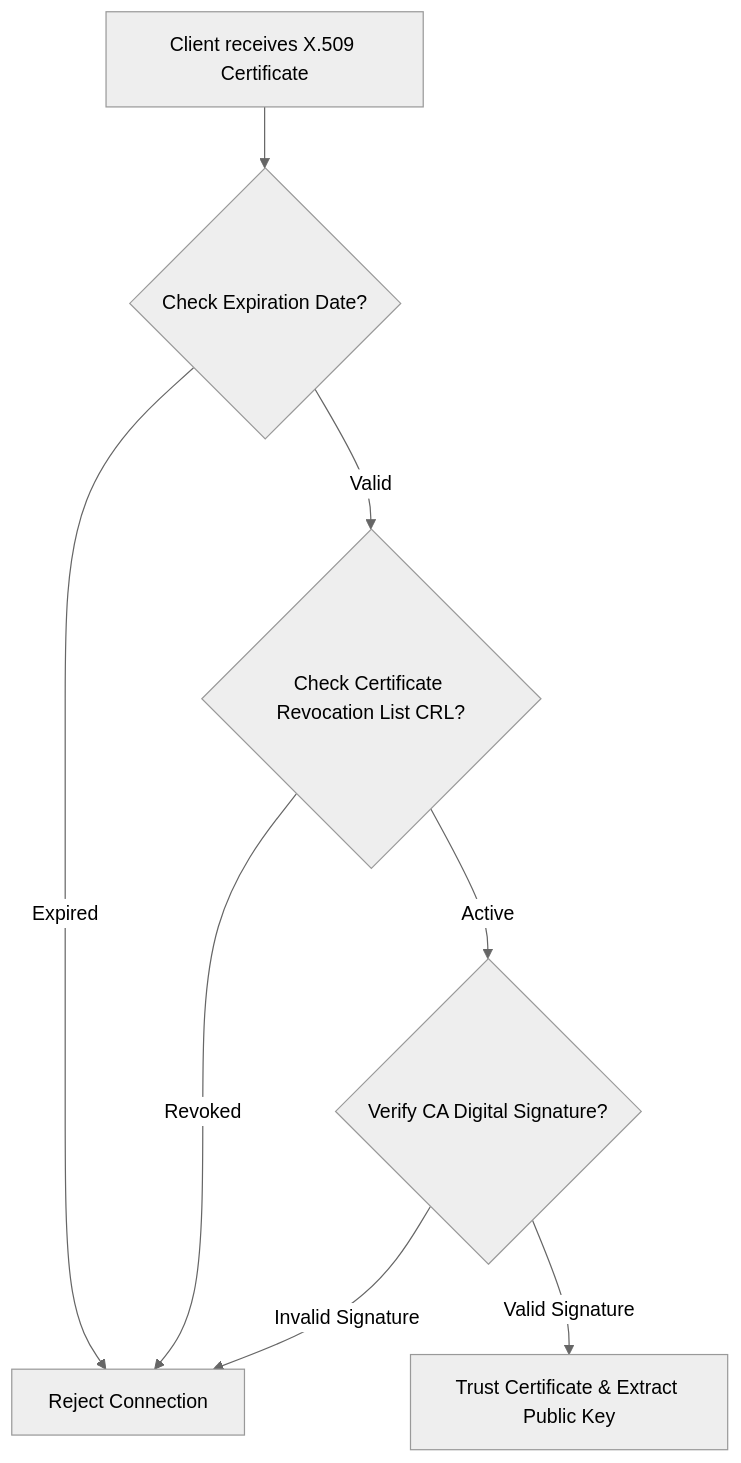
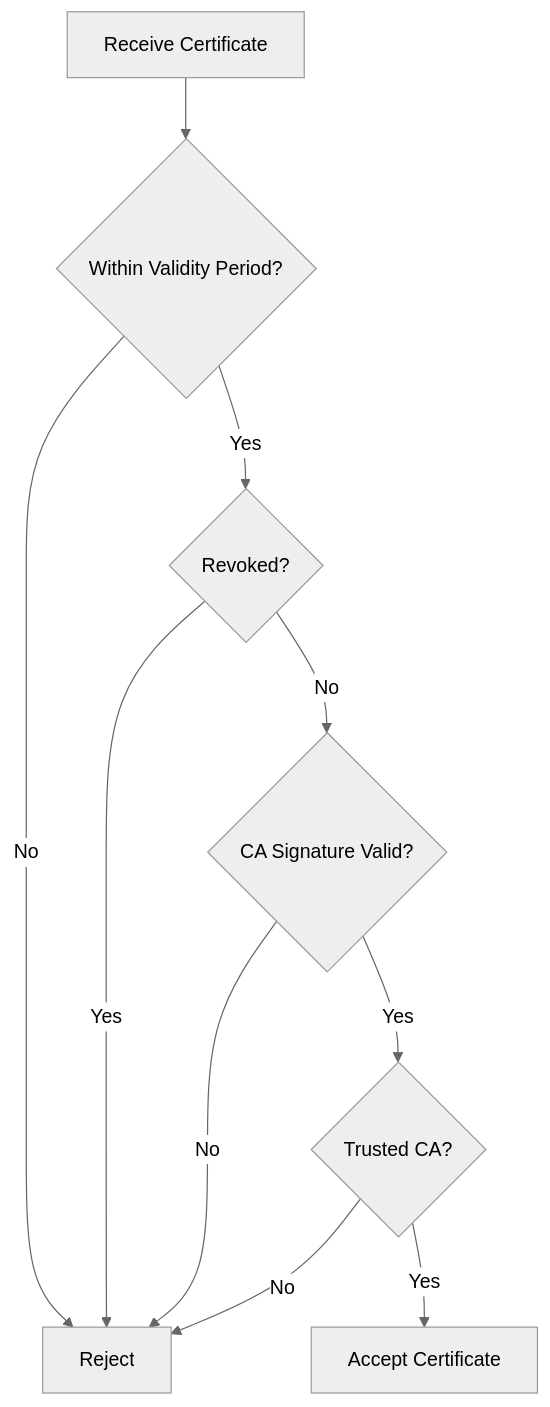
The second of 4 diagrams in 03-Academics/Network_Security/X.509.md (namaewafaisal/Obsidian_Vault), drawn with Mermaid (neutral theme) before and after one commit. The commit also changed other lines of this file and 4 other files, not shown here.

````diff
--- a/03-Academics/Network_Security/X.509.md
+++ b/03-Academics/Network_Security/X.509.md
@@ -28,10 +211,23 @@
-```mermaid
-graph TD
-    A[Client receives X.509 Certificate] --> B{Check Expiration Date?}
-    B -->|Expired| X[Reject Connection]
-    B -->|Valid| C{Check Certificate Revocation List CRL?}
-    C -->|Revoked| X
-    C -->|Active| D{Verify CA Digital Signature?}
-    D -->|Invalid Signature| X
-    D -->|Valid Signature| E[Trust Certificate & Extract Public Key]
+```mermaid id="z96vli"
+flowchart TD
+
+    A[Receive Certificate]
+
+    A --> B{Within Validity Period?}
+
+    B -->|No| X[Reject]
+
+    B -->|Yes| C{Revoked?}
+
+    C -->|Yes| X
+
+    C -->|No| D{CA Signature Valid?}
+
+    D -->|No| X
+
+    D -->|Yes| E{Trusted CA?}
+
+    E -->|No| X
+
+    E -->|Yes| F[Accept Certificate]
 ```
````
